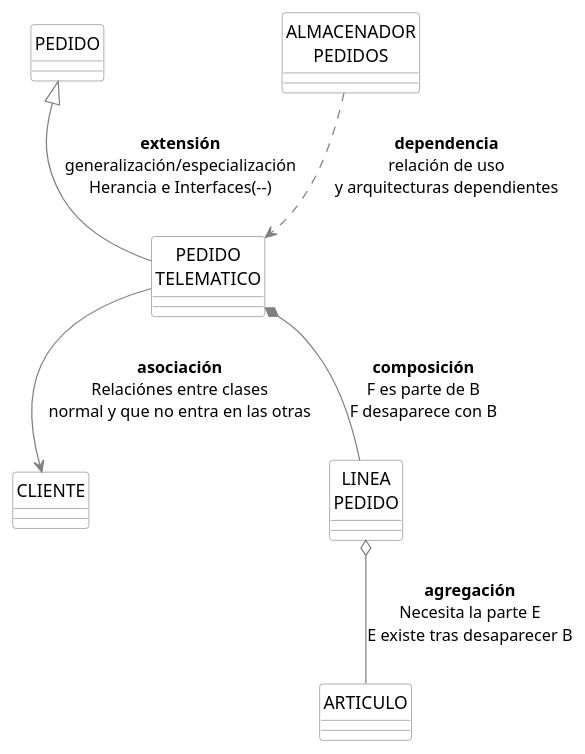
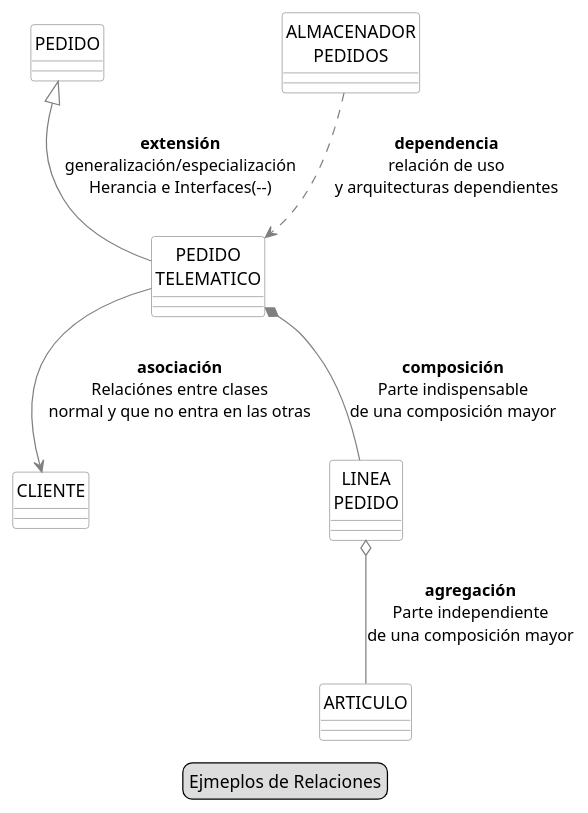
The second of 7 diagrams in ejemplos/fraccion_completo.md (srlopez/RUP), drawn with PlantUML before and after one commit.

Commit message:
Relacones

````diff
--- a/ejemplos/fraccion_completo.md
+++ b/ejemplos/fraccion_completo.md
@@ -147,28 +147,29 @@
 ```plantuml
 
 @startuml
 skinparam class {
   skinparam monochrome true
   skinparam shadowing false
   BackgroundColor White
   BorderColor Gray
   ' FontName Consolas
   ArrowColor Gray
 }
 scale 1
 hide circle
+legend Ejmeplos de Relaciones 
 class "ALMACENADOR\nPEDIDOS" as A
 class "CLIENTE" as C
 class "PEDIDO" as D
 class "PEDIDO\nTELEMATICO" as B
 class "LINEA\nPEDIDO" as F
 class "ARTICULO" as E
 'left to right direction
 
 A ..> B : <b>dependencia</b>\nrelación de uso\ny arquitecturas dependientes
 B --> C : <b>asociación</b>\nRelaciónes entre clases\nnormal y que no entra en las otras
 B -u-|> D : <b>extensión</b>\ngeneralización/especialización\nHerancia e Interfaces(--)
-F o-- E: <b>agregación</b>\nNecesita la parte E\nE existe tras desaparecer B
-B *-- F: <b>composición</b>\nF es parte de B\nF desaparece con B
+F o-- E: <b>agregación</b>\nParte independiente\nde una composición mayor
+B *-- F: <b>composición</b>\nParte indispensable\nde una composición mayor
 @enduml
 ```
````
